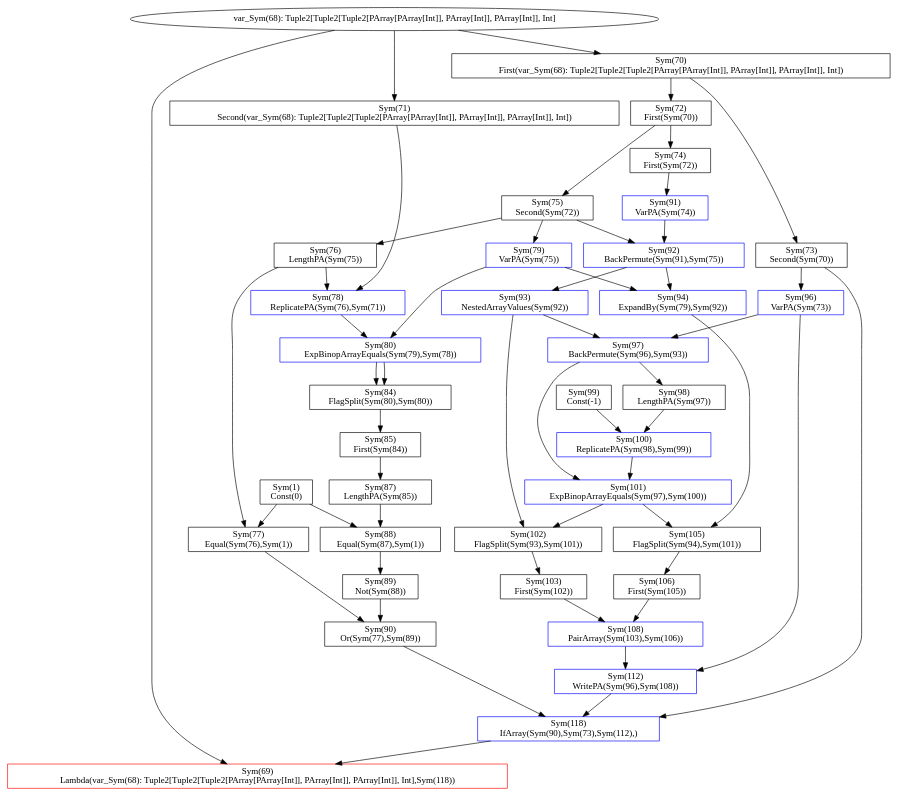
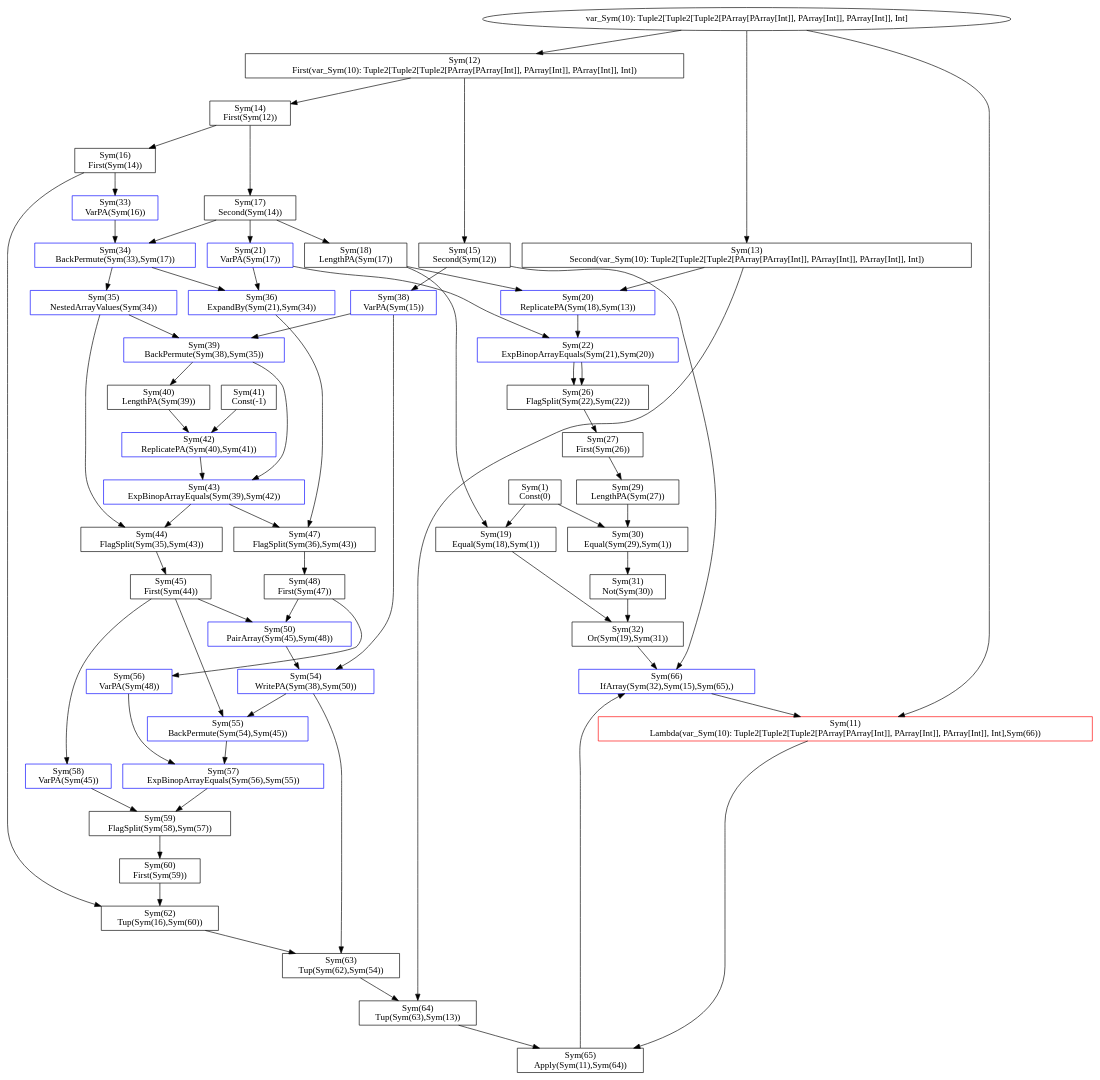
One commit to alexander-myltsev/Scalan-GPU changed the diagram in graphs/bfs.dot. Above: the diagram before and after it, drawn with Graphviz. The commit also changed 6 other files, not shown here.

```diff
--- a/graphs/bfs.dot
+++ b/graphs/bfs.dot
@@ -1,213 +1,274 @@
 digraph G {
-"Sym(70)" [
-label="Sym(70) \n First(var_Sym(68): Tuple2[Tuple2[Tuple2[PArray[PArray[Int]], PArray[Int]], PArray[Int]], Int])"
+"Sym(12)" [
+label="Sym(12) \n First(var_Sym(10): Tuple2[Tuple2[Tuple2[PArray[PArray[Int]], PArray[Int]], PArray[Int]], Int])"
 shape=box
 ]
-"var_Sym(68): Tuple2[Tuple2[Tuple2[PArray[PArray[Int]], PArray[Int]], PArray[Int]], Int]" -> "Sym(70)"
-"Sym(72)" [
-label="Sym(72) \n First(Sym(70))"
+"var_Sym(10): Tuple2[Tuple2[Tuple2[PArray[PArray[Int]], PArray[Int]], PArray[Int]], Int]" -> "Sym(12)"
+"Sym(14)" [
+label="Sym(14) \n First(Sym(12))"
 shape=box
 ]
-"Sym(70)" -> "Sym(72)"
-"Sym(75)" [
-label="Sym(75) \n Second(Sym(72))"
+"Sym(12)" -> "Sym(14)"
+"Sym(17)" [
+label="Sym(17) \n Second(Sym(14))"
 shape=box
 ]
-"Sym(72)" -> "Sym(75)"
-"Sym(76)" [
-label="Sym(76) \n LengthPA(Sym(75))"
+"Sym(14)" -> "Sym(17)"
+"Sym(18)" [
+label="Sym(18) \n LengthPA(Sym(17))"
 shape=box
 ]
-"Sym(75)" -> "Sym(76)"
+"Sym(17)" -> "Sym(18)"
 "Sym(1)" [
 label="Sym(1) \n Const(0)"
 shape=box
 ]
-"Sym(77)" [
-label="Sym(77) \n Equal(Sym(76),Sym(1))"
+"Sym(19)" [
+label="Sym(19) \n Equal(Sym(18),Sym(1))"
 shape=box
 ]
-"Sym(76)" -> "Sym(77)"
-"Sym(1)" -> "Sym(77)"
-"Sym(79)" [
-label="Sym(79) \n VarPA(Sym(75))"
+"Sym(18)" -> "Sym(19)"
+"Sym(1)" -> "Sym(19)"
+"Sym(21)" [
+label="Sym(21) \n VarPA(Sym(17))"
 shape=box
 color=blue
 ]
-"Sym(75)" -> "Sym(79)"
-"Sym(71)" [
-label="Sym(71) \n Second(var_Sym(68): Tuple2[Tuple2[Tuple2[PArray[PArray[Int]], PArray[Int]], PArray[Int]], Int])"
+"Sym(17)" -> "Sym(21)"
+"Sym(13)" [
+label="Sym(13) \n Second(var_Sym(10): Tuple2[Tuple2[Tuple2[PArray[PArray[Int]], PArray[Int]], PArray[Int]], Int])"
 shape=box
 ]
-"var_Sym(68): Tuple2[Tuple2[Tuple2[PArray[PArray[Int]], PArray[Int]], PArray[Int]], Int]" -> "Sym(71)"
-"Sym(78)" [
-label="Sym(78) \n ReplicatePA(Sym(76),Sym(71))"
+"var_Sym(10): Tuple2[Tuple2[Tuple2[PArray[PArray[Int]], PArray[Int]], PArray[Int]], Int]" -> "Sym(13)"
+"Sym(20)" [
+label="Sym(20) \n ReplicatePA(Sym(18),Sym(13))"
 shape=box
 color=blue
 ]
-"Sym(76)" -> "Sym(78)"
-"Sym(71)" -> "Sym(78)"
-"Sym(80)" [
-label="Sym(80) \n ExpBinopArrayEquals(Sym(79),Sym(78))"
+"Sym(18)" -> "Sym(20)"
+"Sym(13)" -> "Sym(20)"
+"Sym(22)" [
+label="Sym(22) \n ExpBinopArrayEquals(Sym(21),Sym(20))"
 shape=box
 color=blue
 ]
-"Sym(79)" -> "Sym(80)"
-"Sym(78)" -> "Sym(80)"
-"Sym(84)" [
-label="Sym(84) \n FlagSplit(Sym(80),Sym(80))"
+"Sym(21)" -> "Sym(22)"
+"Sym(20)" -> "Sym(22)"
+"Sym(26)" [
+label="Sym(26) \n FlagSplit(Sym(22),Sym(22))"
 shape=box
 ]
-"Sym(80)" -> "Sym(84)"
-"Sym(80)" -> "Sym(84)"
-"Sym(85)" [
-label="Sym(85) \n First(Sym(84))"
+"Sym(22)" -> "Sym(26)"
+"Sym(22)" -> "Sym(26)"
+"Sym(27)" [
+label="Sym(27) \n First(Sym(26))"
 shape=box
 ]
-"Sym(84)" -> "Sym(85)"
-"Sym(87)" [
-label="Sym(87) \n LengthPA(Sym(85))"
+"Sym(26)" -> "Sym(27)"
+"Sym(29)" [
+label="Sym(29) \n LengthPA(Sym(27))"
 shape=box
 ]
-"Sym(85)" -> "Sym(87)"
-"Sym(88)" [
-label="Sym(88) \n Equal(Sym(87),Sym(1))"
+"Sym(27)" -> "Sym(29)"
+"Sym(30)" [
+label="Sym(30) \n Equal(Sym(29),Sym(1))"
 shape=box
 ]
-"Sym(87)" -> "Sym(88)"
-"Sym(1)" -> "Sym(88)"
-"Sym(89)" [
-label="Sym(89) \n Not(Sym(88))"
+"Sym(29)" -> "Sym(30)"
+"Sym(1)" -> "Sym(30)"
+"Sym(31)" [
+label="Sym(31) \n Not(Sym(30))"
 shape=box
 ]
-"Sym(88)" -> "Sym(89)"
-"Sym(90)" [
-label="Sym(90) \n Or(Sym(77),Sym(89))"
+"Sym(30)" -> "Sym(31)"
+"Sym(32)" [
+label="Sym(32) \n Or(Sym(19),Sym(31))"
 shape=box
 ]
-"Sym(77)" -> "Sym(90)"
-"Sym(89)" -> "Sym(90)"
-"Sym(73)" [
-label="Sym(73) \n Second(Sym(70))"
+"Sym(19)" -> "Sym(32)"
+"Sym(31)" -> "Sym(32)"
+"Sym(15)" [
+label="Sym(15) \n Second(Sym(12))"
 shape=box
 ]
-"Sym(70)" -> "Sym(73)"
-"Sym(96)" [
-label="Sym(96) \n VarPA(Sym(73))"
+"Sym(12)" -> "Sym(15)"
+"Sym(16)" [
+label="Sym(16) \n First(Sym(14))"
+shape=box
+]
+"Sym(14)" -> "Sym(16)"
+"Sym(33)" [
+label="Sym(33) \n VarPA(Sym(16))"
 shape=box
 color=blue
 ]
-"Sym(73)" -> "Sym(96)"
-"Sym(74)" [
-label="Sym(74) \n First(Sym(72))"
-shape=box
-]
-"Sym(72)" -> "Sym(74)"
-"Sym(91)" [
-label="Sym(91) \n VarPA(Sym(74))"
+"Sym(16)" -> "Sym(33)"
+"Sym(34)" [
+label="Sym(34) \n BackPermute(Sym(33),Sym(17))"
 shape=box
 color=blue
 ]
-"Sym(74)" -> "Sym(91)"
-"Sym(92)" [
-label="Sym(92) \n BackPermute(Sym(91),Sym(75))"
+"Sym(33)" -> "Sym(34)"
+"Sym(17)" -> "Sym(34)"
+"Sym(35)" [
+label="Sym(35) \n NestedArrayValues(Sym(34))"
 shape=box
 color=blue
 ]
-"Sym(91)" -> "Sym(92)"
-"Sym(75)" -> "Sym(92)"
-"Sym(93)" [
-label="Sym(93) \n NestedArrayValues(Sym(92))"
+"Sym(34)" -> "Sym(35)"
+"Sym(38)" [
+label="Sym(38) \n VarPA(Sym(15))"
 shape=box
 color=blue
 ]
-"Sym(92)" -> "Sym(93)"
-"Sym(97)" [
-label="Sym(97) \n BackPermute(Sym(96),Sym(93))"
+"Sym(15)" -> "Sym(38)"
+"Sym(39)" [
+label="Sym(39) \n BackPermute(Sym(38),Sym(35))"
 shape=box
 color=blue
 ]
-"Sym(96)" -> "Sym(97)"
-"Sym(93)" -> "Sym(97)"
-"Sym(98)" [
-label="Sym(98) \n LengthPA(Sym(97))"
+"Sym(38)" -> "Sym(39)"
+"Sym(35)" -> "Sym(39)"
+"Sym(40)" [
+label="Sym(40) \n LengthPA(Sym(39))"
 shape=box
 ]
-"Sym(97)" -> "Sym(98)"
-"Sym(99)" [
-label="Sym(99) \n Const(-1)"
+"Sym(39)" -> "Sym(40)"
+"Sym(41)" [
+label="Sym(41) \n Const(-1)"
 shape=box
 ]
-"Sym(100)" [
-label="Sym(100) \n ReplicatePA(Sym(98),Sym(99))"
+"Sym(42)" [
+label="Sym(42) \n ReplicatePA(Sym(40),Sym(41))"
 shape=box
 color=blue
 ]
-"Sym(98)" -> "Sym(100)"
-"Sym(99)" -> "Sym(100)"
-"Sym(101)" [
-label="Sym(101) \n ExpBinopArrayEquals(Sym(97),Sym(100))"
+"Sym(40)" -> "Sym(42)"
+"Sym(41)" -> "Sym(42)"
+"Sym(43)" [
+label="Sym(43) \n ExpBinopArrayEquals(Sym(39),Sym(42))"
 shape=box
 color=blue
 ]
-"Sym(97)" -> "Sym(101)"
-"Sym(100)" -> "Sym(101)"
-"Sym(102)" [
-label="Sym(102) \n FlagSplit(Sym(93),Sym(101))"
+"Sym(39)" -> "Sym(43)"
+"Sym(42)" -> "Sym(43)"
+"Sym(44)" [
+label="Sym(44) \n FlagSplit(Sym(35),Sym(43))"
 shape=box
 ]
-"Sym(93)" -> "Sym(102)"
-"Sym(101)" -> "Sym(102)"
-"Sym(103)" [
-label="Sym(103) \n First(Sym(102))"
+"Sym(35)" -> "Sym(44)"
+"Sym(43)" -> "Sym(44)"
+"Sym(45)" [
+label="Sym(45) \n First(Sym(44))"
 shape=box
 ]
-"Sym(102)" -> "Sym(103)"
-"Sym(94)" [
-label="Sym(94) \n ExpandBy(Sym(79),Sym(92))"
+"Sym(44)" -> "Sym(45)"
+"Sym(58)" [
+label="Sym(58) \n VarPA(Sym(45))"
 shape=box
 color=blue
 ]
-"Sym(79)" -> "Sym(94)"
-"Sym(92)" -> "Sym(94)"
-"Sym(105)" [
-label="Sym(105) \n FlagSplit(Sym(94),Sym(101))"
-shape=box
-]
-"Sym(94)" -> "Sym(105)"
-"Sym(101)" -> "Sym(105)"
-"Sym(106)" [
-label="Sym(106) \n First(Sym(105))"
-shape=box
-]
-"Sym(105)" -> "Sym(106)"
-"Sym(108)" [
-label="Sym(108) \n PairArray(Sym(103),Sym(106))"
+"Sym(45)" -> "Sym(58)"
+"Sym(36)" [
+label="Sym(36) \n ExpandBy(Sym(21),Sym(34))"
 shape=box
 color=blue
 ]
-"Sym(103)" -> "Sym(108)"
-"Sym(106)" -> "Sym(108)"
-"Sym(112)" [
-label="Sym(112) \n WritePA(Sym(96),Sym(108))"
+"Sym(21)" -> "Sym(36)"
+"Sym(34)" -> "Sym(36)"
+"Sym(47)" [
+label="Sym(47) \n FlagSplit(Sym(36),Sym(43))"
+shape=box
+]
+"Sym(36)" -> "Sym(47)"
+"Sym(43)" -> "Sym(47)"
+"Sym(48)" [
+label="Sym(48) \n First(Sym(47))"
+shape=box
+]
+"Sym(47)" -> "Sym(48)"
+"Sym(56)" [
+label="Sym(56) \n VarPA(Sym(48))"
 shape=box
 color=blue
 ]
-"Sym(96)" -> "Sym(112)"
-"Sym(108)" -> "Sym(112)"
-"Sym(118)" [
-label="Sym(118) \n IfArray(Sym(90),Sym(73),Sym(112),)"
+"Sym(48)" -> "Sym(56)"
+"Sym(50)" [
+label="Sym(50) \n PairArray(Sym(45),Sym(48))"
 shape=box
 color=blue
 ]
-"Sym(90)" -> "Sym(118)"
-"Sym(73)" -> "Sym(118)"
-"Sym(112)" -> "Sym(118)"
-"Sym(69)" [
-label="Sym(69) \n Lambda(var_Sym(68): Tuple2[Tuple2[Tuple2[PArray[PArray[Int]], PArray[Int]], PArray[Int]], Int],Sym(118))"
+"Sym(45)" -> "Sym(50)"
+"Sym(48)" -> "Sym(50)"
+"Sym(54)" [
+label="Sym(54) \n WritePA(Sym(38),Sym(50))"
+shape=box
+color=blue
+]
+"Sym(38)" -> "Sym(54)"
+"Sym(50)" -> "Sym(54)"
+"Sym(55)" [
+label="Sym(55) \n BackPermute(Sym(54),Sym(45))"
+shape=box
+color=blue
+]
+"Sym(54)" -> "Sym(55)"
+"Sym(45)" -> "Sym(55)"
+"Sym(57)" [
+label="Sym(57) \n ExpBinopArrayEquals(Sym(56),Sym(55))"
+shape=box
+color=blue
+]
+"Sym(56)" -> "Sym(57)"
+"Sym(55)" -> "Sym(57)"
+"Sym(59)" [
+label="Sym(59) \n FlagSplit(Sym(58),Sym(57))"
+shape=box
+]
+"Sym(58)" -> "Sym(59)"
+"Sym(57)" -> "Sym(59)"
+"Sym(60)" [
+label="Sym(60) \n First(Sym(59))"
+shape=box
+]
+"Sym(59)" -> "Sym(60)"
+"Sym(62)" [
+label="Sym(62) \n Tup(Sym(16),Sym(60))"
+shape=box
+]
+"Sym(16)" -> "Sym(62)"
+"Sym(60)" -> "Sym(62)"
+"Sym(63)" [
+label="Sym(63) \n Tup(Sym(62),Sym(54))"
+shape=box
+]
+"Sym(62)" -> "Sym(63)"
+"Sym(54)" -> "Sym(63)"
+"Sym(64)" [
+label="Sym(64) \n Tup(Sym(63),Sym(13))"
+shape=box
+]
+"Sym(63)" -> "Sym(64)"
+"Sym(13)" -> "Sym(64)"
+"Sym(65)" [
+label="Sym(65) \n Apply(Sym(11),Sym(64))"
+shape=box
+]
+"Sym(11)" -> "Sym(65)"
+"Sym(64)" -> "Sym(65)"
+"Sym(66)" [
+label="Sym(66) \n IfArray(Sym(32),Sym(15),Sym(65),)"
+shape=box
+color=blue
+]
+"Sym(32)" -> "Sym(66)"
+"Sym(15)" -> "Sym(66)"
+"Sym(65)" -> "Sym(66)"
+"Sym(11)" [
+label="Sym(11) \n Lambda(var_Sym(10): Tuple2[Tuple2[Tuple2[PArray[PArray[Int]], PArray[Int]], PArray[Int]], Int],Sym(66))"
 shape=box
 color=red
 ]
-"var_Sym(68): Tuple2[Tuple2[Tuple2[PArray[PArray[Int]], PArray[Int]], PArray[Int]], Int]" -> "Sym(69)"
-"Sym(118)" -> "Sym(69)"
+"var_Sym(10): Tuple2[Tuple2[Tuple2[PArray[PArray[Int]], PArray[Int]], PArray[Int]], Int]" -> "Sym(11)"
+"Sym(66)" -> "Sym(11)"
 }
```
